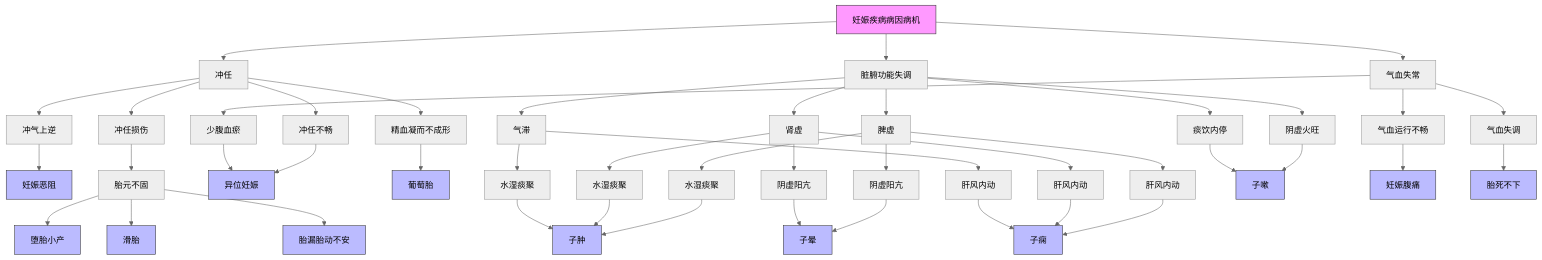
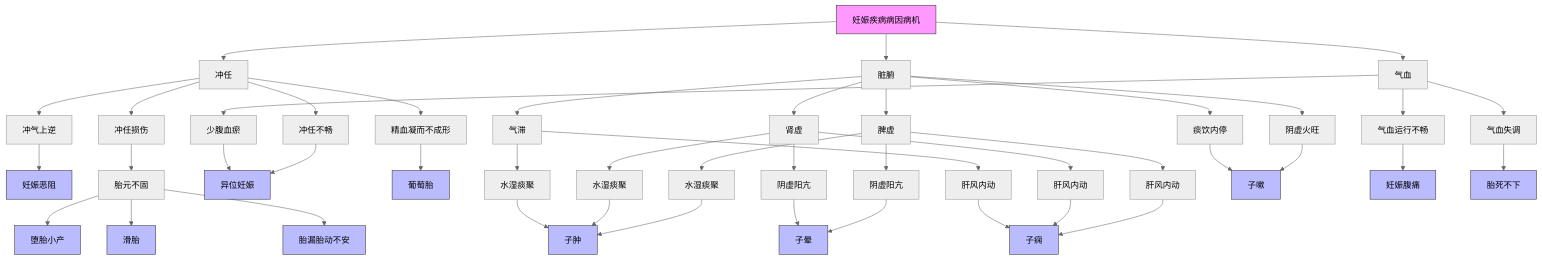
The diagram in all/未命名.md (lili23755/iodraw-files), drawn with Mermaid (neutral theme) before and after one commit.

Commit message:
2025-04-04 10:56:03 update

````diff
--- a/all/未命名.md
+++ b/all/未命名.md
@@ -1,41 +1,41 @@
 ```mermaid
 flowchart TD
     A[妊娠疾病病因病机] --> B[冲任]
-    A --> C[脏腑功能失调]
-    A --> D[气血失常]
+    A --> C[脏腑]
+    A --> D[气血]
     
     B --> B1[冲气上逆] --> 妊娠恶阻
     B --> B2[冲任损伤] --> B2a[胎元不固] --> 堕胎小产 & 滑胎 & 胎漏胎动不安
     B --> B3[冲任不畅] --> 异位妊娠
     B --> B4[精血凝而不成形] --> 葡萄胎
     
     C --> C1[脾虚] --> C1a[水湿痰聚] --> 子肿
     C1 --> C1b[肝风内动] --> 子痫
     C1 --> C1c[阴虚阳亢] --> 子晕
     C --> C2[肾虚] --> C2a[水湿痰聚] --> 子肿
     C2 --> C2b[肝风内动] --> 子痫
     C2 --> C2c[阴虚阳亢] --> 子晕
     C --> C3[气滞] --> C3a[水湿痰聚] --> 子肿
     C3 --> C3b[肝风内动] --> 子痫
     C --> C4[阴虚火旺] --> 子嗽
     C --> C5[痰饮内停] --> 子嗽
     
     D --> D1[气血运行不畅] --> 妊娠腹痛
     D --> D2[气血失调] --> 胎死不下
     D --> D3[少腹血瘀] --> 异位妊娠
 
     style A fill:#f9f,stroke:#333
     style 妊娠恶阻 fill:#bbf,stroke:#333
     style 堕胎小产 fill:#bbf,stroke:#333
     style 滑胎 fill:#bbf,stroke:#333
     style 异位妊娠 fill:#bbf,stroke:#333
     style 子肿 fill:#bbf,stroke:#333
     style 子痫 fill:#bbf,stroke:#333
     style 胎漏胎动不安 fill:#bbf,stroke:#333
     style 胎死不下 fill:#bbf,stroke:#333
     style 妊娠腹痛 fill:#bbf,stroke:#333
     style 葡萄胎 fill:#bbf,stroke:#333
     style 子晕 fill:#bbf,stroke:#333
     style 子嗽 fill:#bbf,stroke:#333
 	  
 ```
````
